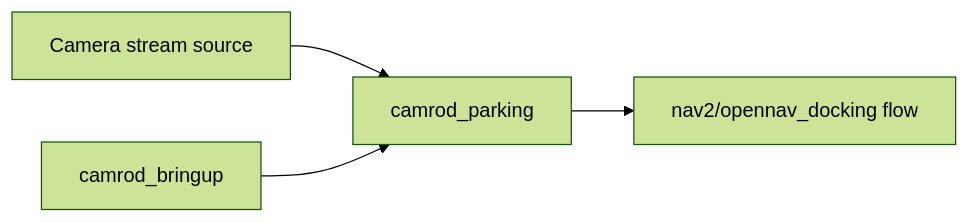
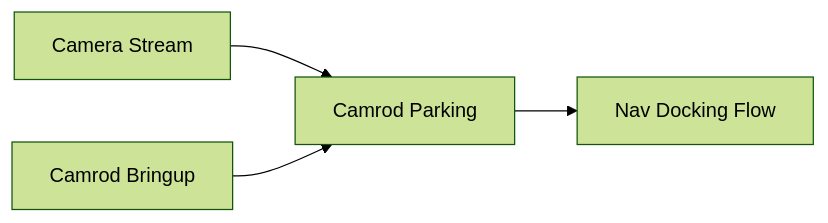
One commit to hwanhonglee/CAMROD changed the second of 2 diagrams in camrod_parking/README.md. Above: the diagram before and after it, drawn with Mermaid (forest theme). The commit also changed other lines of this file and 12 other files, not shown here.

First line of the commit message:
docs(readme): fix Mermaid syntax and refine workspace architecture

````diff
--- a/camrod_parking/README.md
+++ b/camrod_parking/README.md
@@ -27,6 +27,6 @@
 ```mermaid
 graph LR
-  SENSING[Camera stream source] --> PARK[camrod_parking]
-  PARK --> PLANNING[nav2/opennav_docking flow]
-  BRINGUP[camrod_bringup] --> PARK
+  CAM[Camera Stream] --> PARK[Camrod Parking]
+  PARK --> NAV[Nav Docking Flow]
+  BR[Camrod Bringup] --> PARK
 ```
````
